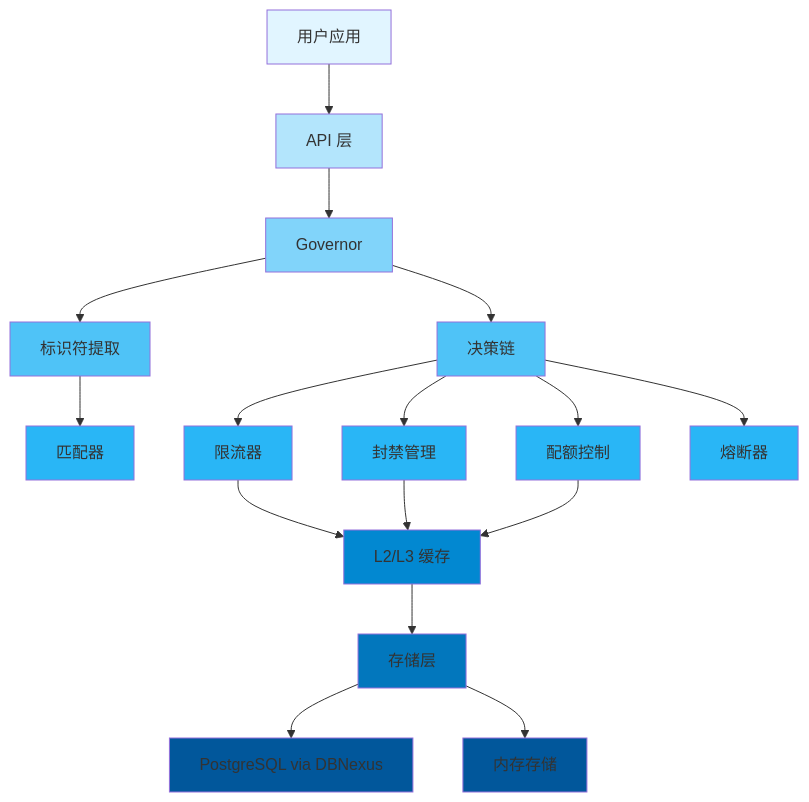
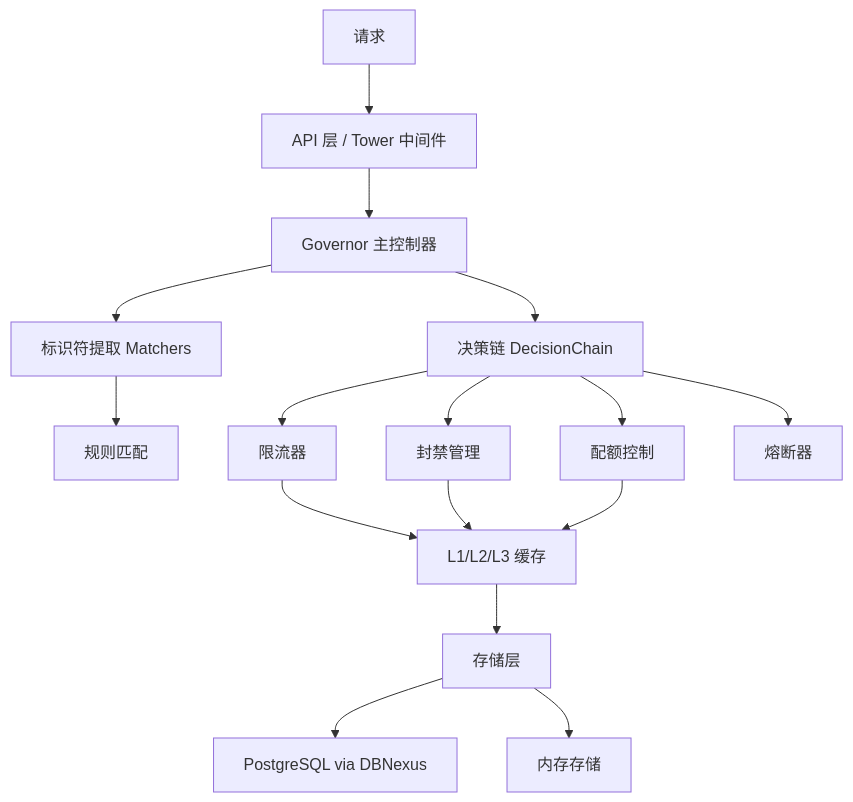
One commit to Kirky-X/limiteron changed the diagram in README.md. Above: the diagram before and after it, drawn with Mermaid. The commit also changed other lines of this file and 4 other files, not shown here.

````diff
--- a/README.md
+++ b/README.md
@@ -571,33 +122,18 @@
 ```mermaid
 graph TB
-    A[用户应用] --> B[API 层]
-    B --> C[Governor]
-    C --> D[标识符提取]
-    C --> E[决策链]
-    D --> F[匹配器]
+    A[请求] --> B[API 层 / Tower 中间件]
+    B --> C[Governor 主控制器]
+    C --> D[标识符提取 Matchers]
+    C --> E[决策链 DecisionChain]
+    D --> F[规则匹配]
     E --> G[限流器]
     E --> H[封禁管理]
     E --> I[配额控制]
     E --> J[熔断器]
-    G --> K[L2/L3 缓存]
+    G --> K[L1/L2/L3 缓存]
     H --> K
     I --> K
     K --> L[存储层]
     L --> M[PostgreSQL via DBNexus]
     L --> N[内存存储]
-
-    style A fill:#e1f5ff
-    style B fill:#b3e5fc
-    style C fill:#81d4fa
-    style D fill:#4fc3f7
-    style E fill:#4fc3f7
-    style F fill:#29b6f6
-    style G fill:#29b6f6
-    style H fill:#29b6f6
-    style I fill:#29b6f6
-    style J fill:#29b6f6
-    style K fill:#0288d1
-    style L fill:#0277bd
-    style M fill:#01579b
-    style N fill:#01579b
 ```
````
